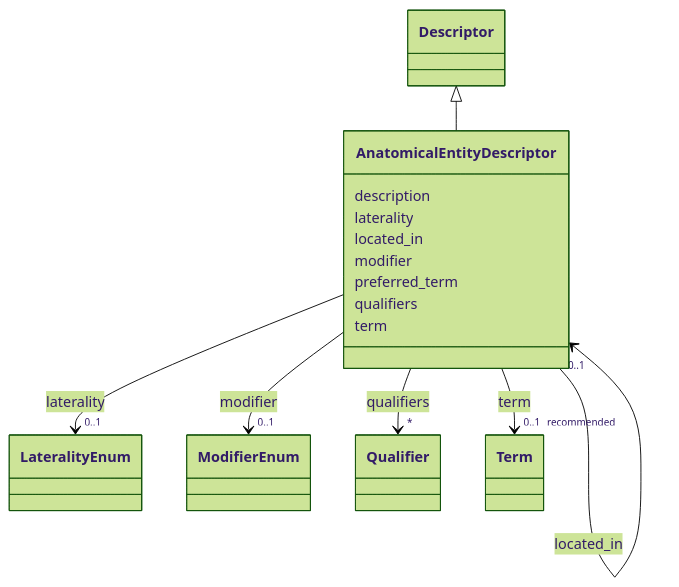
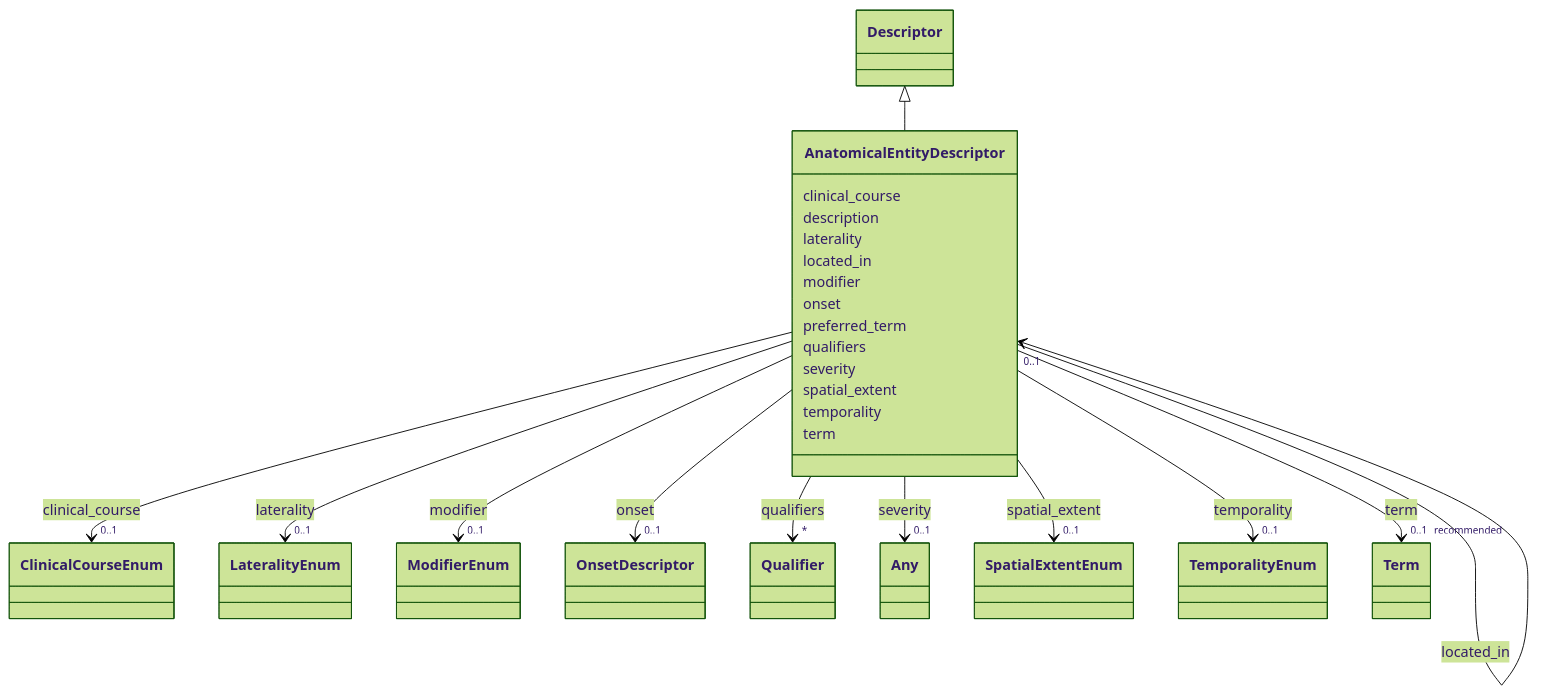
Before and after one commit to monarch-initiative/dismech: the diagram in docs/schema/classes/AnatomicalEntityDescriptor.md, drawn with Mermaid (forest theme). The commit also changed other lines of this file and 1343 other files, not shown here.

First line of the commit message:
docs: regenerate schema docs and point design-decisions link at rendered page

```diff
--- a/docs/schema/classes/AnatomicalEntityDescriptor.md
+++ b/docs/schema/classes/AnatomicalEntityDescriptor.md
@@ -22,6 +22,17 @@
       Descriptor <|-- AnatomicalEntityDescriptor
         click Descriptor href "../../classes/Descriptor/"
       
+      AnatomicalEntityDescriptor : clinical_course
+        
+          
+    
+        
+        
+        AnatomicalEntityDescriptor --> "0..1" ClinicalCourseEnum : clinical_course
+        click ClinicalCourseEnum href "../../enums/ClinicalCourseEnum/"
+    
+
+        
       AnatomicalEntityDescriptor : description
         
       AnatomicalEntityDescriptor : laterality
@@ -57,6 +68,17 @@
     
 
         
+      AnatomicalEntityDescriptor : onset
+        
+          
+    
+        
+        
+        AnatomicalEntityDescriptor --> "0..1" OnsetDescriptor : onset
+        click OnsetDescriptor href "../../classes/OnsetDescriptor/"
+    
+
+        
       AnatomicalEntityDescriptor : preferred_term
         
       AnatomicalEntityDescriptor : qualifiers
@@ -67,6 +89,39 @@
         
         AnatomicalEntityDescriptor --> "*" Qualifier : qualifiers
         click Qualifier href "../../classes/Qualifier/"
+    
+
+        
+      AnatomicalEntityDescriptor : severity
+        
+          
+    
+        
+        
+        AnatomicalEntityDescriptor --> "0..1" Any : severity
+        click Any href "../../classes/Any/"
+    
+
+        
+      AnatomicalEntityDescriptor : spatial_extent
+        
+          
+    
+        
+        
+        AnatomicalEntityDescriptor --> "0..1" SpatialExtentEnum : spatial_extent
+        click SpatialExtentEnum href "../../enums/SpatialExtentEnum/"
+    
+
+        
+      AnatomicalEntityDescriptor : temporality
+        
+          
+    
+        
+        
+        AnatomicalEntityDescriptor --> "0..1" TemporalityEnum : temporality
+        click TemporalityEnum href "../../enums/TemporalityEnum/"
     
 
         
```
